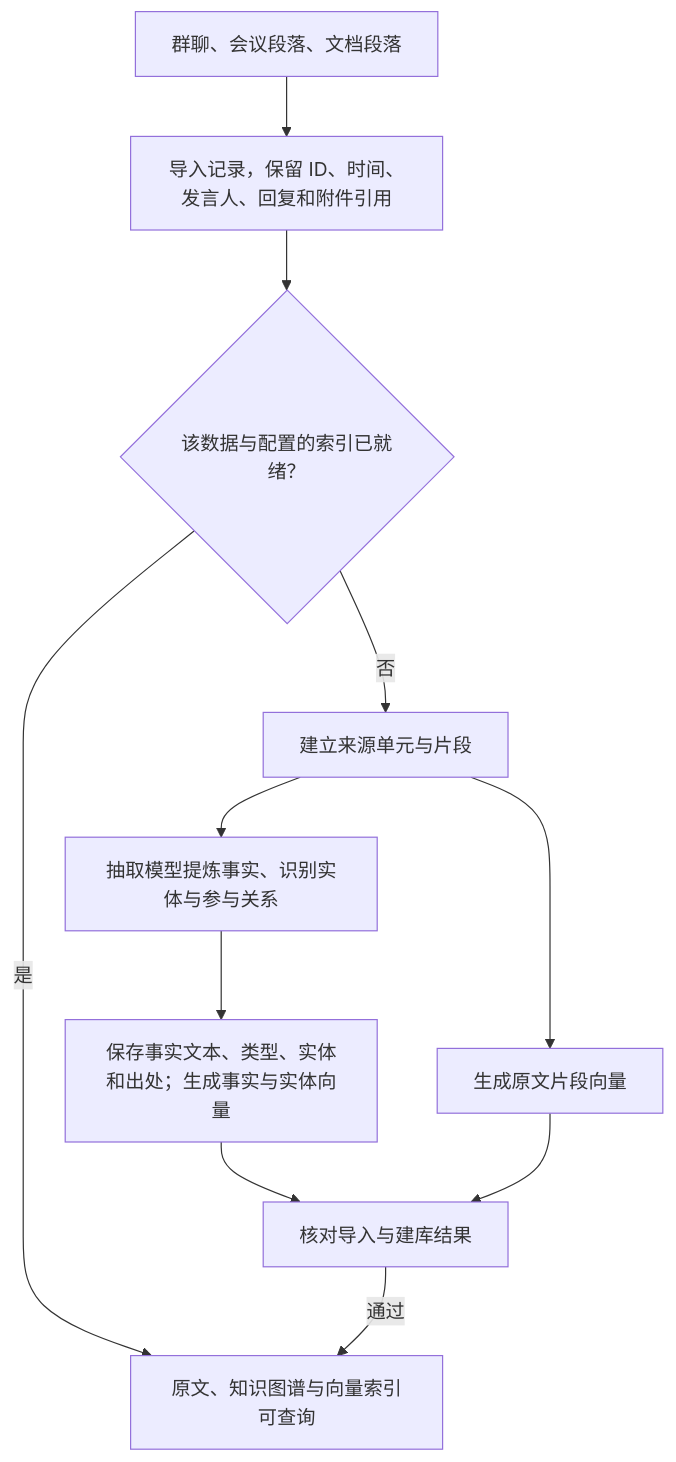
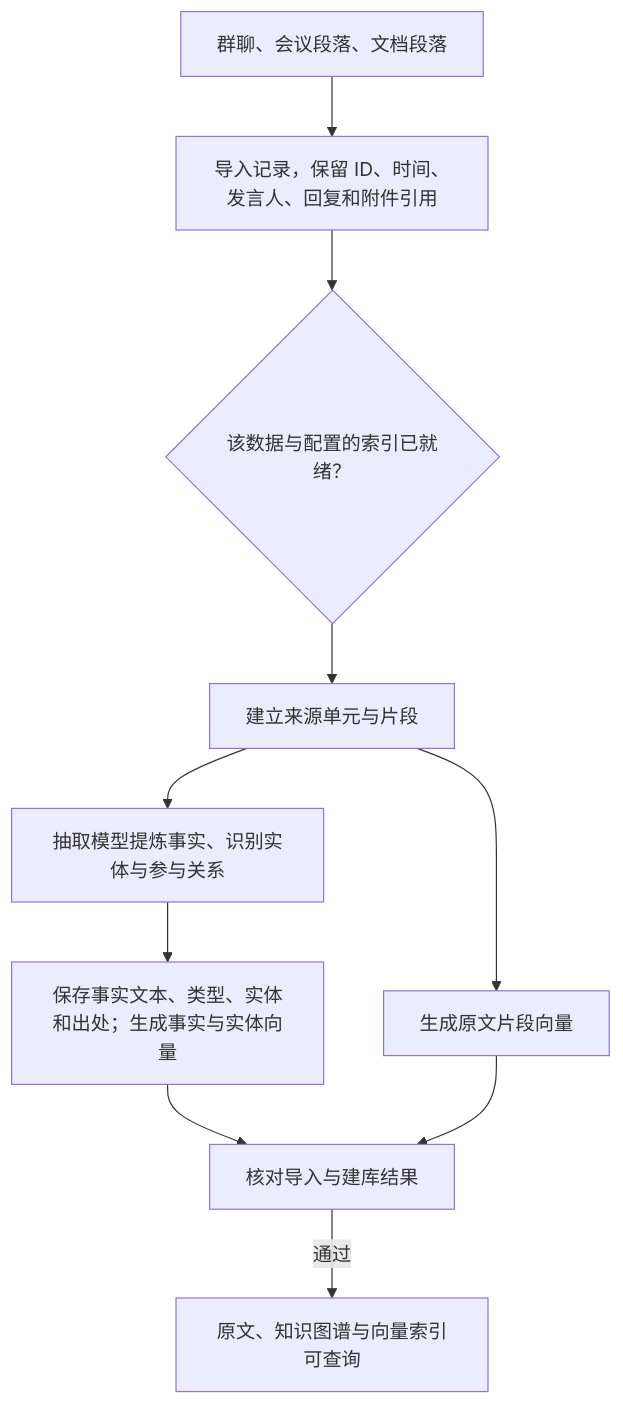
One commit to jjcylinder/mycontext changed the first of 8 diagrams in MyContext增强.md. Above: the diagram before and after it, drawn with Mermaid.

````diff
--- a/MyContext增强.md
+++ b/MyContext增强.md
@@ -87,13 +87,12 @@
 ```mermaid
 flowchart TD
     A["群聊、会议段落、文档段落"] --> B["导入记录，保留 ID、时间、发言人、回复和附件引用"]
     B --> C{"该数据与配置的索引已就绪？"}
-    C -->|是| H["原文、知识图谱与向量索引可查询"]
-    C -->|否| D["建立来源单元与片段"]
+    C --> D["建立来源单元与片段"]
     D --> E["抽取模型提炼事实、识别实体与参与关系"]
     D --> F["生成原文片段向量"]
     E --> G["保存事实文本、类型、实体和出处；生成事实与实体向量"]
     G --> I["核对导入与建库结果"]
     F --> I
-    I -->|通过| H
+    I -->|通过| H["原文、知识图谱与向量索引可查询"]
 ```
````
